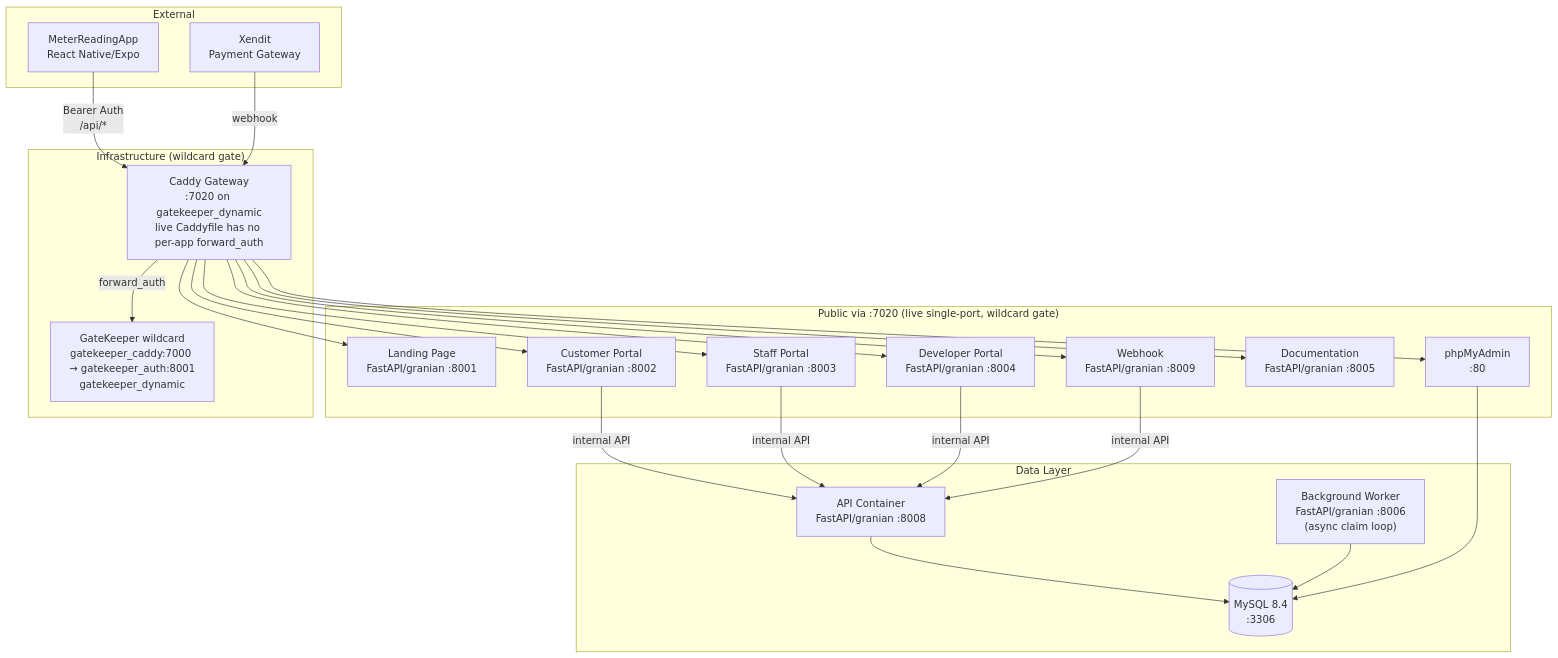
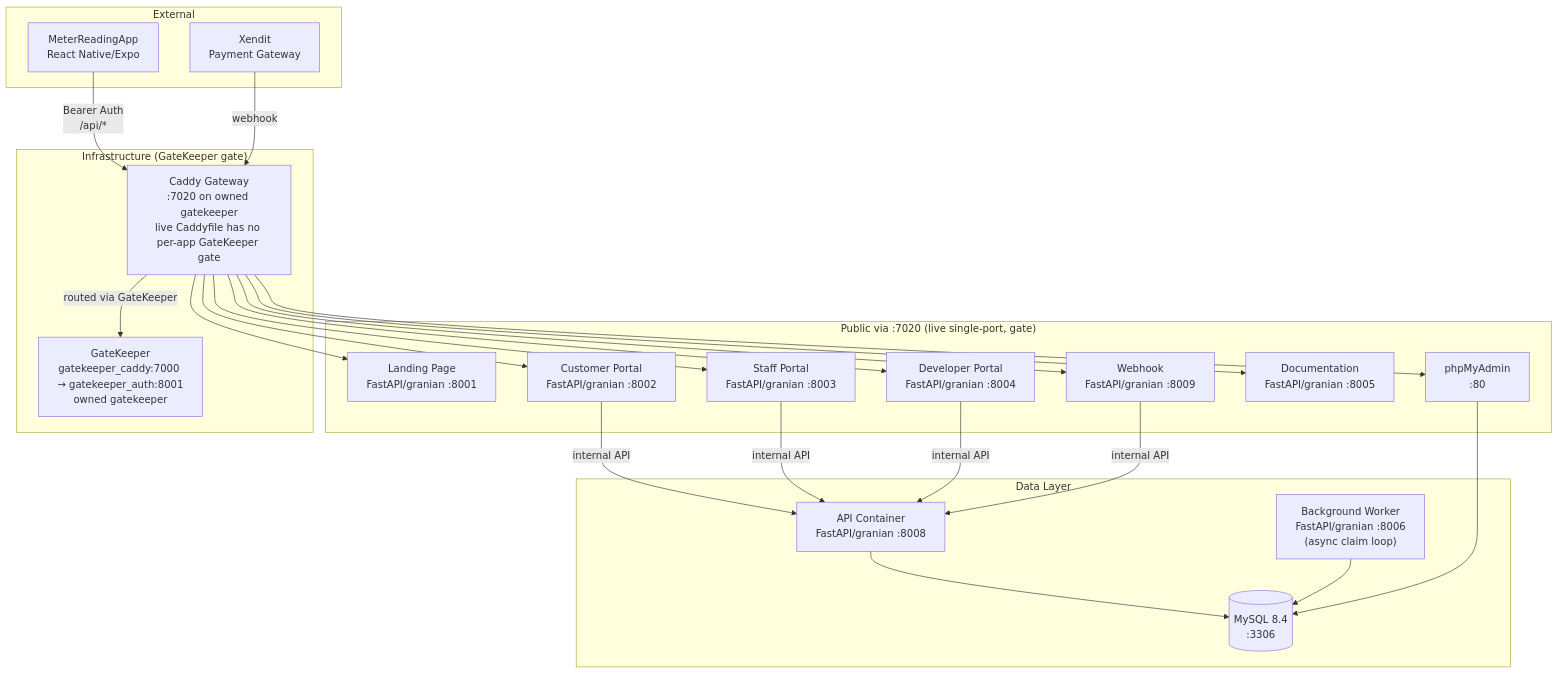
The first of 6 diagrams in documentation/docs/architecture.md (NovaProtocol/WaterBillingSystem), drawn with Mermaid before and after one commit. The commit also changed other lines of this file and 18 other files, not shown here.

````diff
--- a/documentation/docs/architecture.md
+++ b/documentation/docs/architecture.md
@@ -7,50 +7,50 @@
 ```mermaid
 graph TB
-    subgraph "Public via :7020 (live single-port, wildcard gate)"
-        LAND["Landing Page<br/>FastAPI/granian :8001"]
-        CP["Customer Portal<br/>FastAPI/granian :8002"]
-        WH["Webhook<br/>FastAPI/granian :8009"]
-        SP["Staff Portal<br/>FastAPI/granian :8003"]
-        DP["Developer Portal<br/>FastAPI/granian :8004"]
-        DOC["Documentation<br/>FastAPI/granian :8005"]
-        PMA["phpMyAdmin<br/>:80"]
-    end
+ subgraph "Public via :7020 (live single-port, gate)"
+ LAND["Landing Page<br/>FastAPI/granian :8001"]
+ CP["Customer Portal<br/>FastAPI/granian :8002"]
+ WH["Webhook<br/>FastAPI/granian :8009"]
+ SP["Staff Portal<br/>FastAPI/granian :8003"]
+ DP["Developer Portal<br/>FastAPI/granian :8004"]
+ DOC["Documentation<br/>FastAPI/granian :8005"]
+ PMA["phpMyAdmin<br/>:80"]
+ end
 
-    subgraph "Data Layer"
-        API["API Container<br/>FastAPI/granian :8008"]
-        DB[("MySQL 8.4<br/>:3306")]
-        WORKER["Background Worker<br/>FastAPI/granian :8006<br/>(async claim loop)"]
-    end
+ subgraph "Data Layer"
+ API["API Container<br/>FastAPI/granian :8008"]
+ DB[("MySQL 8.4<br/>:3306")]
+ WORKER["Background Worker<br/>FastAPI/granian :8006<br/>(async claim loop)"]
+ end
 
-    subgraph "Infrastructure (wildcard gate)"
-        CAD["Caddy Gateway<br/>:7020 on gatekeeper_dynamic<br/>live Caddyfile has no per-app forward_auth"]
-        GK["GateKeeper wildcard<br/>gatekeeper_caddy:7000 → gatekeeper_auth:8001<br/>gatekeeper_dynamic"]
-    end
+ subgraph "Infrastructure (GateKeeper gate)"
+ CAD["Caddy Gateway<br/>:7020 on owned gatekeeper<br/>live Caddyfile has no per-app GateKeeper gate"]
+ GK["GateKeeper<br/>gatekeeper_caddy:7000 → gatekeeper_auth:8001<br/>owned gatekeeper"]
+ end
 
-    subgraph "External"
-        MOB["MeterReadingApp<br/>React Native/Expo"]
-        XENDIT["Xendit<br/>Payment Gateway"]
-    end
+ subgraph "External"
+ MOB["MeterReadingApp<br/>React Native/Expo"]
+ XENDIT["Xendit<br/>Payment Gateway"]
+ end
 
-    CAD --> LAND
-    CAD --> CP
-    CAD --> WH
-    CAD --> SP
-    CAD --> DP
-    CAD --> DOC
-    CAD --> PMA
+ CAD --> LAND
+ CAD --> CP
+ CAD --> WH
+ CAD --> SP
+ CAD --> DP
+ CAD --> DOC
+ CAD --> PMA
 
-    CP -->|"internal API"| API
-    SP -->|"internal API"| API
-    DP -->|"internal API"| API
-    WH -->|"internal API"| API
+ CP -->|"internal API"| API
+ SP -->|"internal API"| API
+ DP -->|"internal API"| API
+ WH -->|"internal API"| API
 
-    API --> DB
-    WORKER --> DB
-    PMA --> DB
+ API --> DB
+ WORKER --> DB
+ PMA --> DB
 
-    CAD -->|"forward_auth"| GK
+ CAD -->|"routed via GateKeeper"| GK
 
-    MOB -->|"Bearer Auth<br/>/api/*"| CAD
-    XENDIT -->|"webhook"| CAD
+ MOB -->|"Bearer Auth<br/>/api/*"| CAD
+ XENDIT -->|"webhook"| CAD
 ```
````
